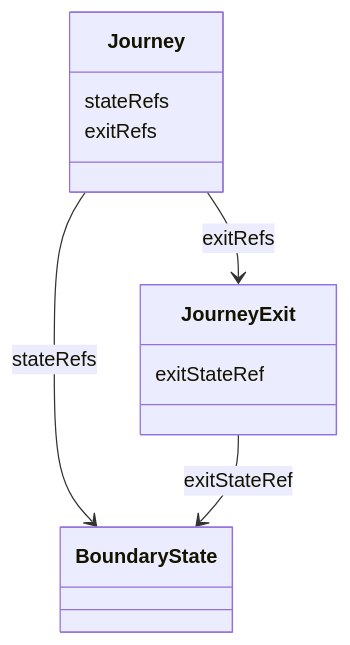
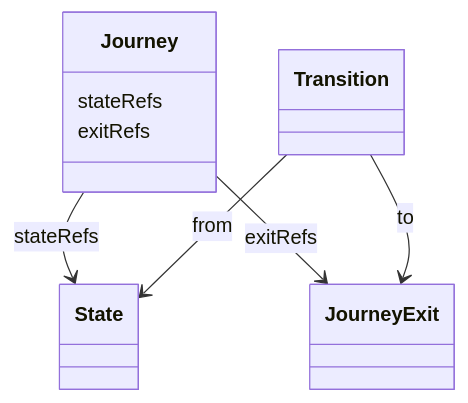
One commit to openuji/spec-ujg changed the seventh of 11 diagrams in specs/ed/graph/index.md. Above: the diagram before and after it, drawn with Mermaid. The commit also changed other lines of this file and 22 other files, not shown here.

````diff
--- a/specs/ed/graph/index.md
+++ b/specs/ed/graph/index.md
@@ -373,15 +372,15 @@
 ```mermaid
 classDiagram
   class Journey {
     stateRefs
     exitRefs
   }
-  class BoundaryState
-  class JourneyExit {
-    exitStateRef
-  }
+  class State
+  class JourneyExit
+  class Transition
 
-  Journey --> BoundaryState : stateRefs
+  Journey --> State : stateRefs
   Journey --> JourneyExit : exitRefs
-  JourneyExit --> BoundaryState : exitStateRef
+  Transition --> State : from
+  Transition --> JourneyExit : to
 ```
````
